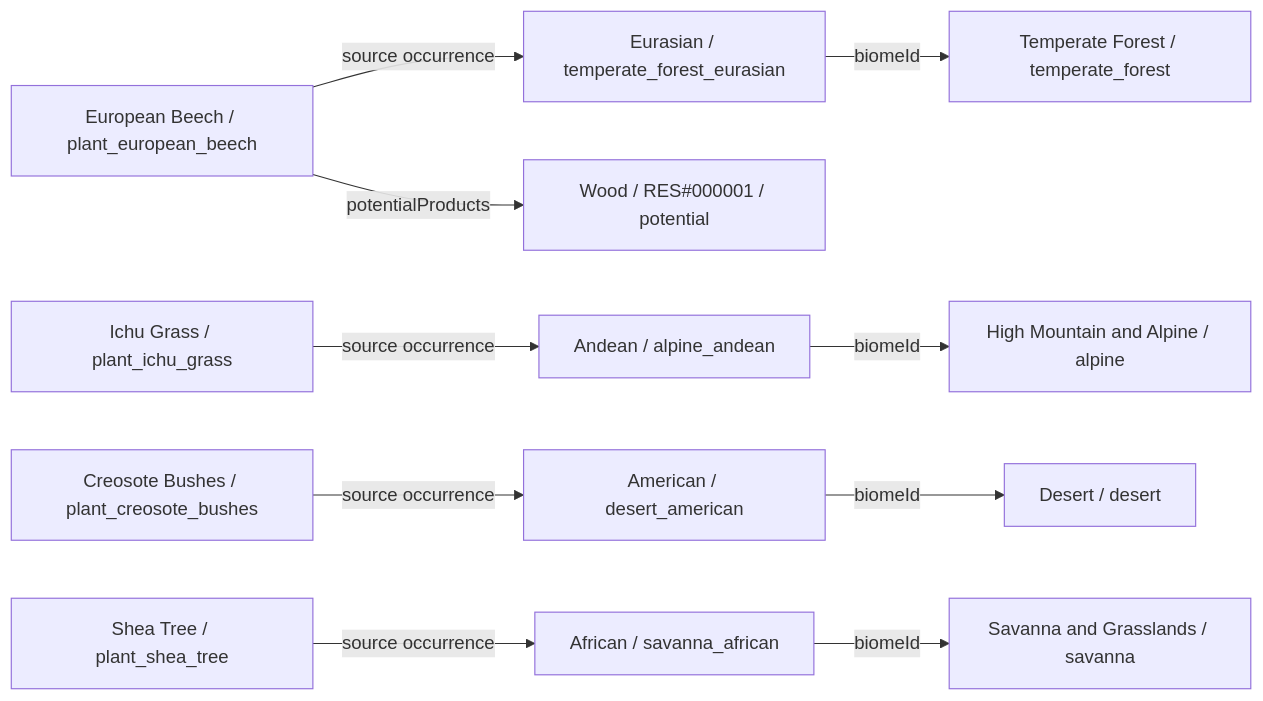
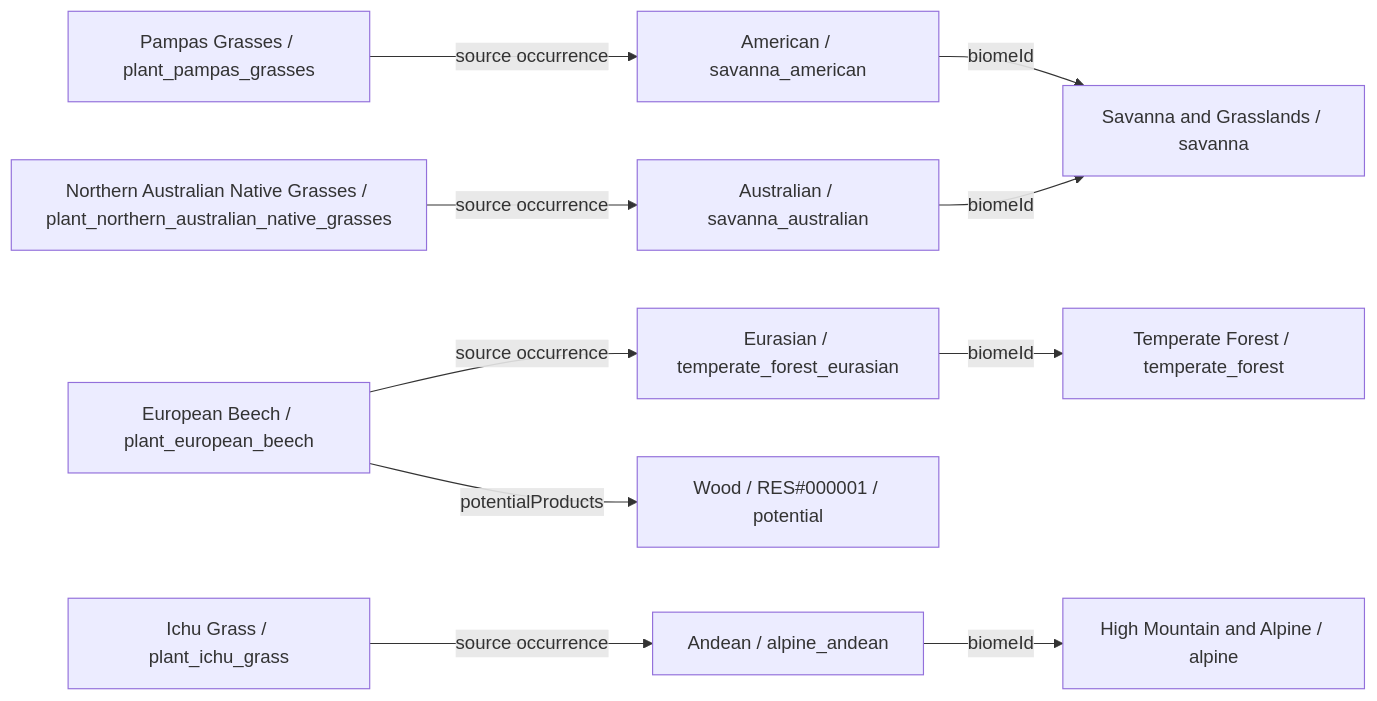
One commit to fgabo404/EvolveDoc changed diagram 12 of 34 in data/plants/DIAGRAMS.md. Above: the diagram before and after it, drawn with Mermaid. The commit also changed other lines of this file and 59 other files, not shown here.

````diff
--- a/data/plants/DIAGRAMS.md
+++ b/data/plants/DIAGRAMS.md
@@ -514,25 +454,24 @@
 ```mermaid
 flowchart LR
-    c0["European Beech / plant_european_beech"]
+    c0["Northern Australian Native Grasses / plant_northern_australian_native_grasses"]
+    v14["Australian / savanna_australian"]
+    b3["Savanna and Grasslands / savanna"]
+    c1["Pampas Grasses / plant_pampas_grasses"]
+    v12["American / savanna_american"]
+    c2["European Beech / plant_european_beech"]
     v4["Eurasian / temperate_forest_eurasian"]
     b1["Temperate Forest / temperate_forest"]
-    o0_0["Wood / RES#000001 / potential"]
-    c1["Ichu Grass / plant_ichu_grass"]
+    o2_0["Wood / RES#000001 / potential"]
+    c3["Ichu Grass / plant_ichu_grass"]
     v23["Andean / alpine_andean"]
     b6["High Mountain and Alpine / alpine"]
-    c2["Creosote Bushes / plant_creosote_bushes"]
-    v15["American / desert_american"]
-    b4["Desert / desert"]
-    c3["Shea Tree / plant_shea_tree"]
-    v11["African / savanna_african"]
-    b3["Savanna and Grasslands / savanna"]
-    c0 -->|potentialProducts| o0_0
-    c0 -->|source occurrence| v4
-    c1 -->|source occurrence| v23
-    c2 -->|source occurrence| v15
-    c3 -->|source occurrence| v11
-    v11 -->|biomeId| b3
-    v15 -->|biomeId| b4
+    c0 -->|source occurrence| v14
+    c1 -->|source occurrence| v12
+    c2 -->|potentialProducts| o2_0
+    c2 -->|source occurrence| v4
+    c3 -->|source occurrence| v23
+    v12 -->|biomeId| b3
+    v14 -->|biomeId| b3
     v23 -->|biomeId| b6
     v4 -->|biomeId| b1
 ```
````
